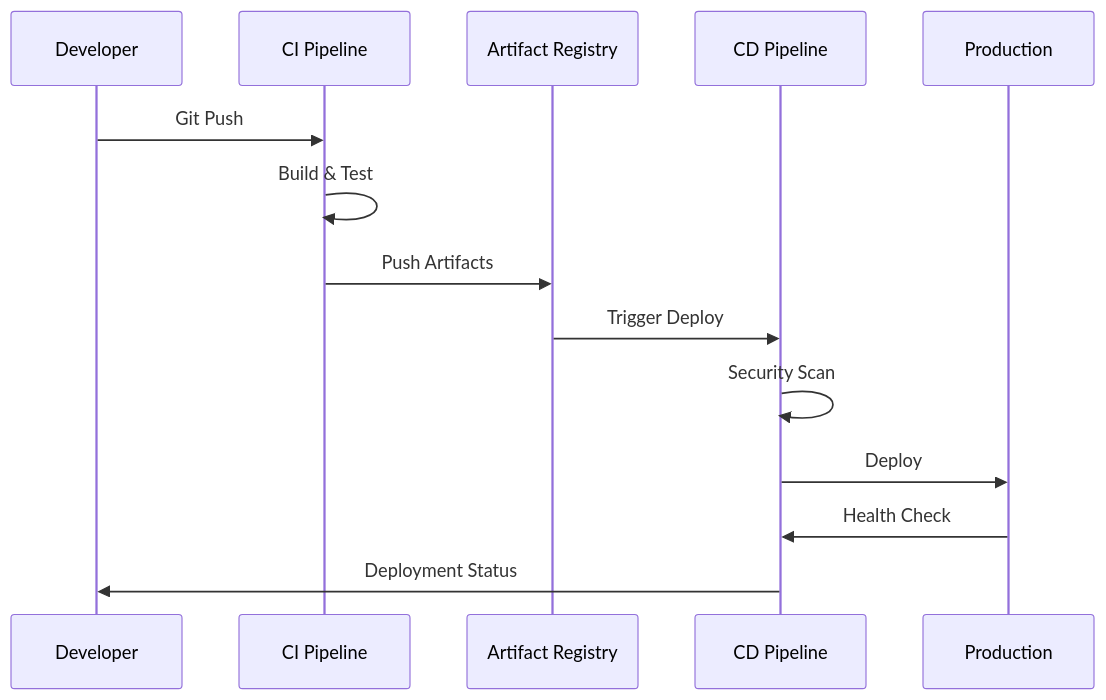
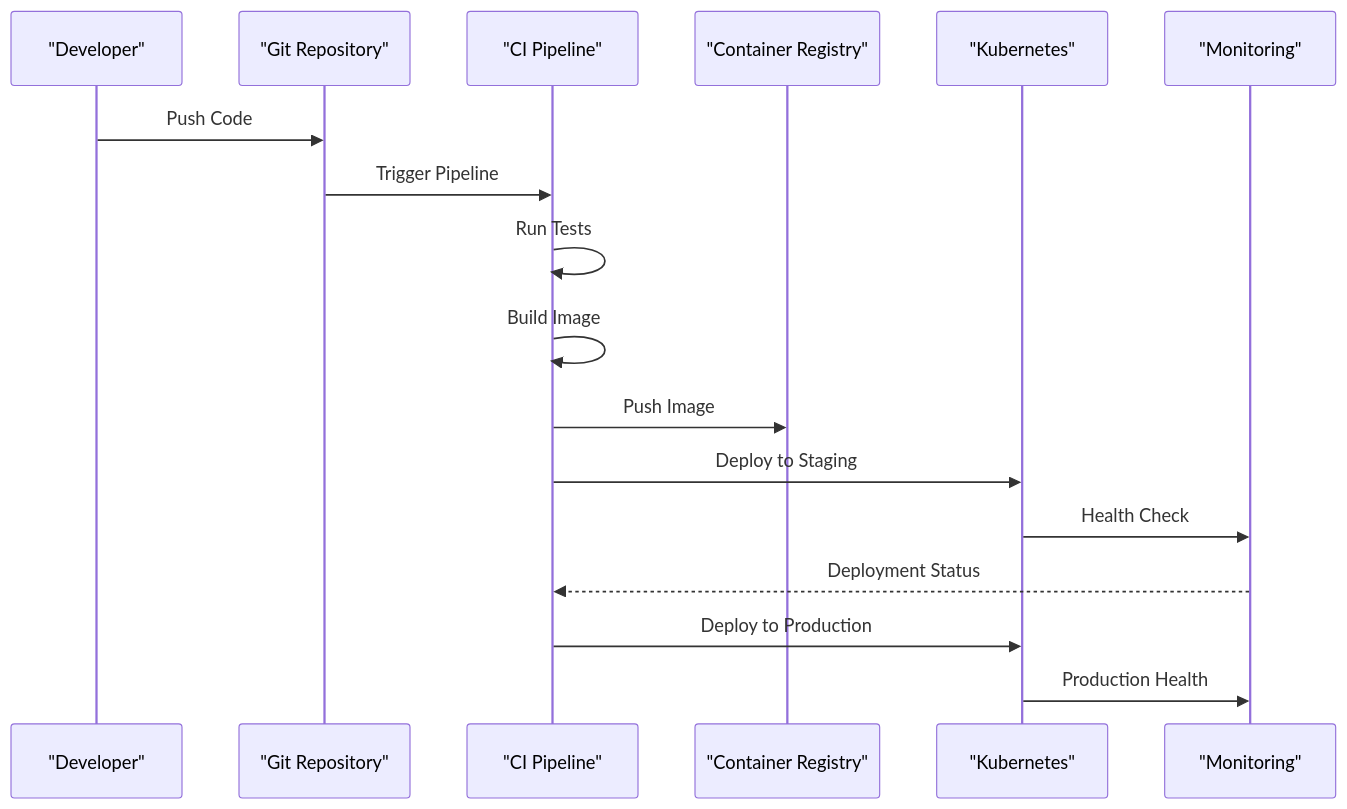
The second of 9 diagrams in src/KoalaWiki/Prompts/Warehouse/GenerateDocsDevOpsConfiguration.md (xincheng213618/OpenDeepWiki), drawn with Mermaid before and after one commit. The commit also changed other lines of this file and 7 other files, not shown here.

````diff
--- a/src/KoalaWiki/Prompts/Warehouse/GenerateDocsDevOpsConfiguration.md
+++ b/src/KoalaWiki/Prompts/Warehouse/GenerateDocsDevOpsConfiguration.md
@@ -111,17 +187,20 @@
 ```mermaid
 sequenceDiagram
-    participant Dev as Developer
-    participant CI as CI Pipeline
-    participant Registry as Artifact Registry
-    participant CD as CD Pipeline
-    participant Prod as Production
+    participant Dev as "Developer"
+    participant Git as "Git Repository"
+    participant CI as "CI Pipeline"
+    participant Registry as "Container Registry"
+    participant K8s as "Kubernetes"
+    participant Monitor as "Monitoring"
     
-    Dev->>CI: Git Push
-    CI->>CI: Build & Test
-    CI->>Registry: Push Artifacts
-    Registry->>CD: Trigger Deploy
-    CD->>CD: Security Scan
-    CD->>Prod: Deploy
-    Prod->>CD: Health Check
-    CD->>Dev: Deployment Status
+    Dev->>Git: Push Code
+    Git->>CI: Trigger Pipeline
+    CI->>CI: Run Tests
+    CI->>CI: Build Image
+    CI->>Registry: Push Image
+    CI->>K8s: Deploy to Staging
+    K8s->>Monitor: Health Check
+    Monitor-->>CI: Deployment Status
+    CI->>K8s: Deploy to Production
+    K8s->>Monitor: Production Health
 ```
````
